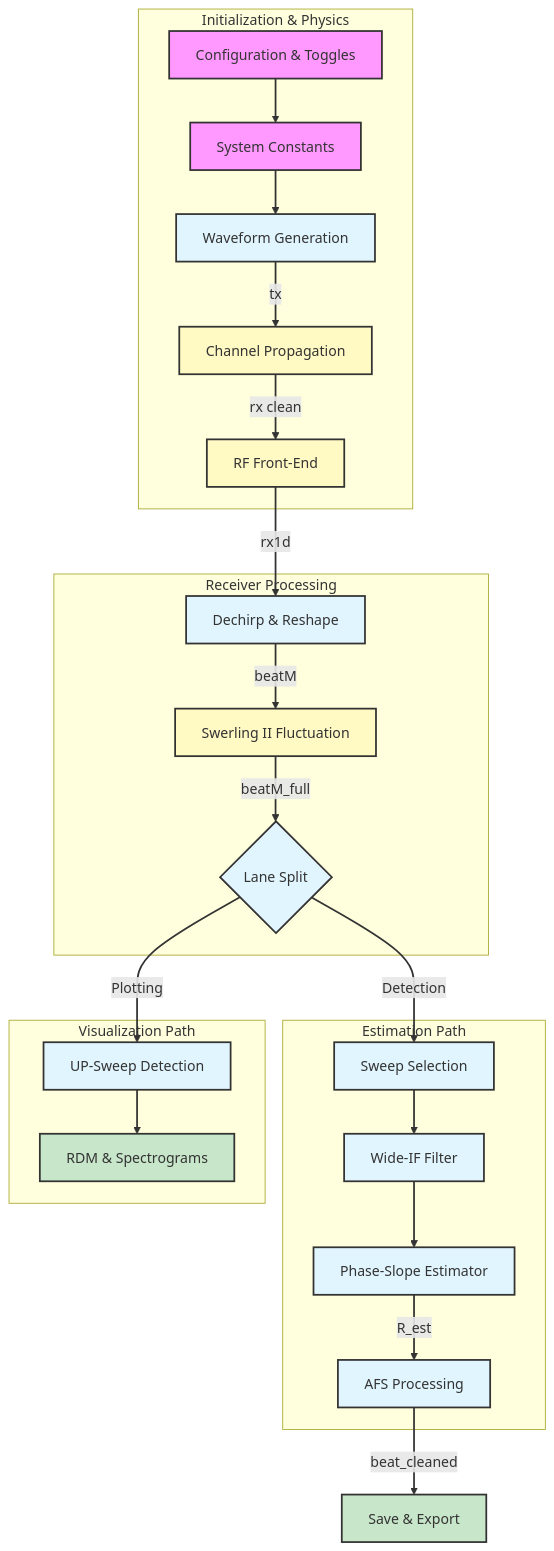
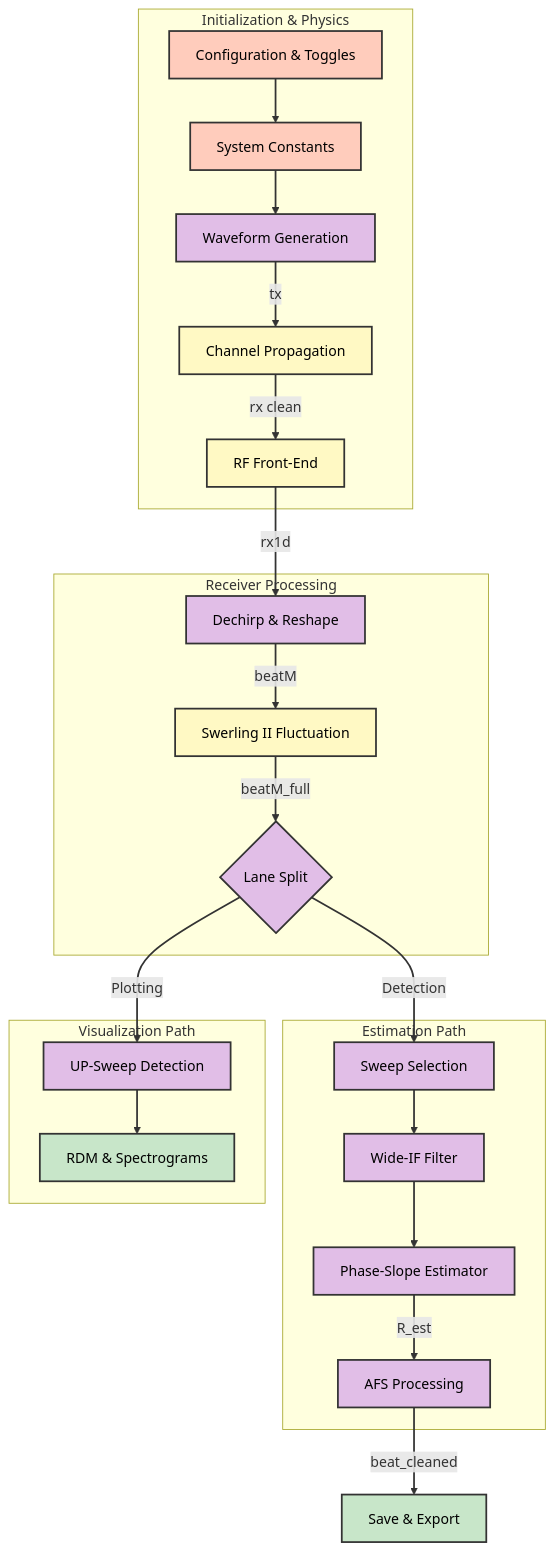
Before and after one commit to amnxlab/Radar-Fusion-Research: the first of 7 diagrams in docs/README_SIGNAL_PROCESSING.md, drawn with Mermaid. The commit also changed other lines of this file, not shown here.

````diff
--- a/docs/README_SIGNAL_PROCESSING.md
+++ b/docs/README_SIGNAL_PROCESSING.md
@@ -15,38 +15,38 @@
 ```mermaid
 graph TD
-    %% Define Styles
-    classDef config fill:#f9f,stroke:#333,stroke-width:2px;
-    classDef signal fill:#d4e1f5,stroke:#333,stroke-width:2px;
-    classDef process fill:#e1f5fe,stroke:#333,stroke-width:2px;
-    classDef physics fill:#fff9c4,stroke:#333,stroke-width:2px;
-    classDef output fill:#c8e6c9,stroke:#333,stroke-width:2px;
+    %% Define Styles - High Contrast
+    classDef config fill:#FFCCBC,stroke:#333,stroke-width:2px,color:black;
+    classDef signal fill:#BBDEFB,stroke:#333,stroke-width:2px,color:black;
+    classDef process fill:#E1BEE7,stroke:#333,stroke-width:2px,color:black;
+    classDef physics fill:#FFF9C4,stroke:#333,stroke-width:2px,color:black;
+    classDef output fill:#C8E6C9,stroke:#333,stroke-width:2px,color:black;
 
     subgraph "Initialization & Physics"
         Config[Configuration & Toggles]:::config --> Params[System Constants]:::config
         Params --> Waveform[Waveform Generation]:::process
         Waveform -->|tx| Channel[Channel Propagation]:::physics
         Channel -->|rx clean| FrontEnd[RF Front-End]:::physics
     end
 
     subgraph "Receiver Processing"
         FrontEnd -->|rx1d| Dechirp[Dechirp & Reshape]:::process
         Dechirp -->|beatM| Swerling[Swerling II Fluctuation]:::physics
         Swerling -->|beatM_full| DetectSplit{Lane Split}:::process
     end
 
     subgraph "Estimation Path"
         DetectSplit -->|Detection| SweepSel[Sweep Selection]:::process
         SweepSel --> WideIF[Wide-IF Filter]:::process
         WideIF --> PhaseFit[Phase-Slope Estimator]:::process
         PhaseFit -->|R_est| AFS[AFS Processing]:::process
     end
 
     subgraph "Visualization Path"
         DetectSplit -->|Plotting| UPDetect[UP-Sweep Detection]:::process
         UPDetect --> Plots[RDM & Spectrograms]:::output
     end
     
     AFS -->|beat_cleaned| Save[Save & Export]:::output
 
     linkStyle default stroke-width:2px;
 ```
````
